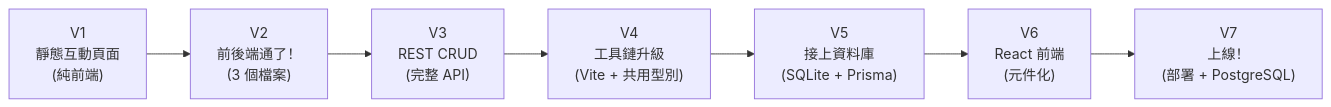
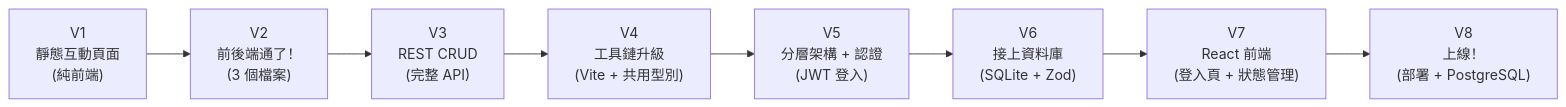
The second of 7 diagrams in 課程大綱.md (liyibass/programming-tutorial), drawn with Mermaid before and after one commit. The commit also changed other lines of this file and 8 other files, not shown here.

````diff
--- a/課程大綱.md
+++ b/課程大綱.md
@@ -29,12 +29,13 @@
 ```mermaid
 graph LR
     V1["V1\n靜態互動頁面\n(純前端)"]
     V2["V2\n前後端通了！\n(3 個檔案)"]
     V3["V3\nREST CRUD\n(完整 API)"]
     V4["V4\n工具鏈升級\n(Vite + 共用型別)"]
-    V5["V5\n接上資料庫\n(SQLite + Prisma)"]
-    V6["V6\nReact 前端\n(元件化)"]
-    V7["V7\n上線！\n(部署 + PostgreSQL)"]
+    V5["V5\n分層架構 + 認證\n(JWT 登入)"]
+    V6["V6\n接上資料庫\n(SQLite + Zod)"]
+    V7["V7\nReact 前端\n(登入頁 + 狀態管理)"]
+    V8["V8\n上線！\n(部署 + PostgreSQL)"]
 
-    V1 --> V2 --> V3 --> V4 --> V5 --> V6 --> V7
+    V1 --> V2 --> V3 --> V4 --> V5 --> V6 --> V7 --> V8
 ```
````
